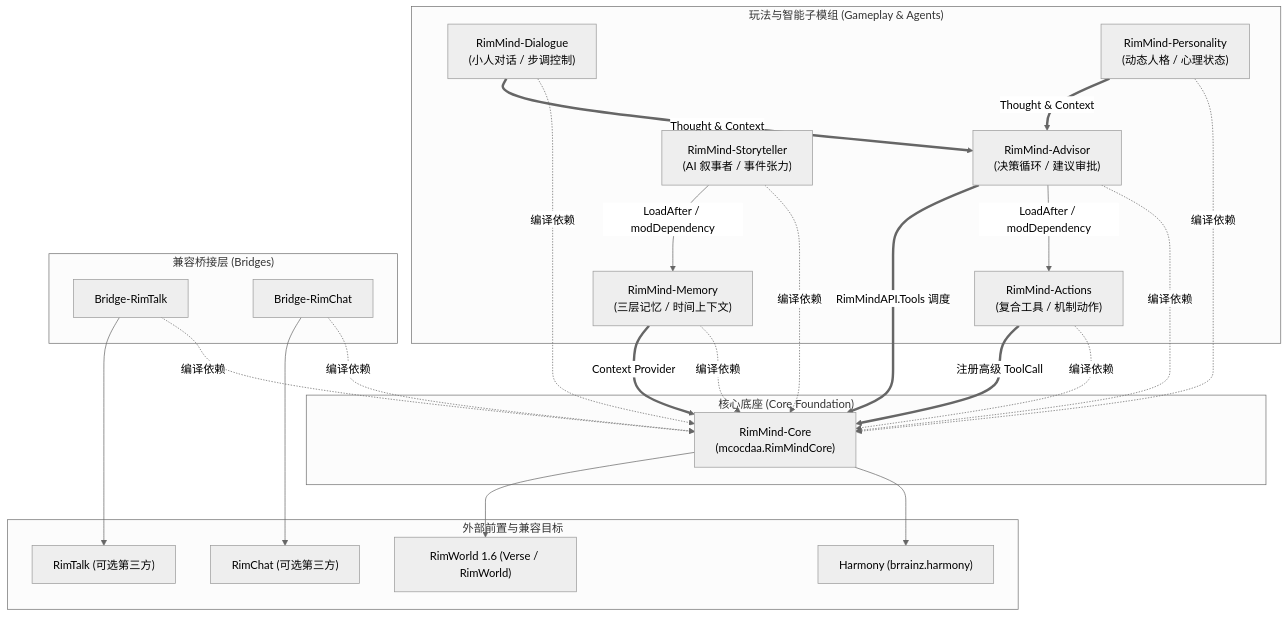
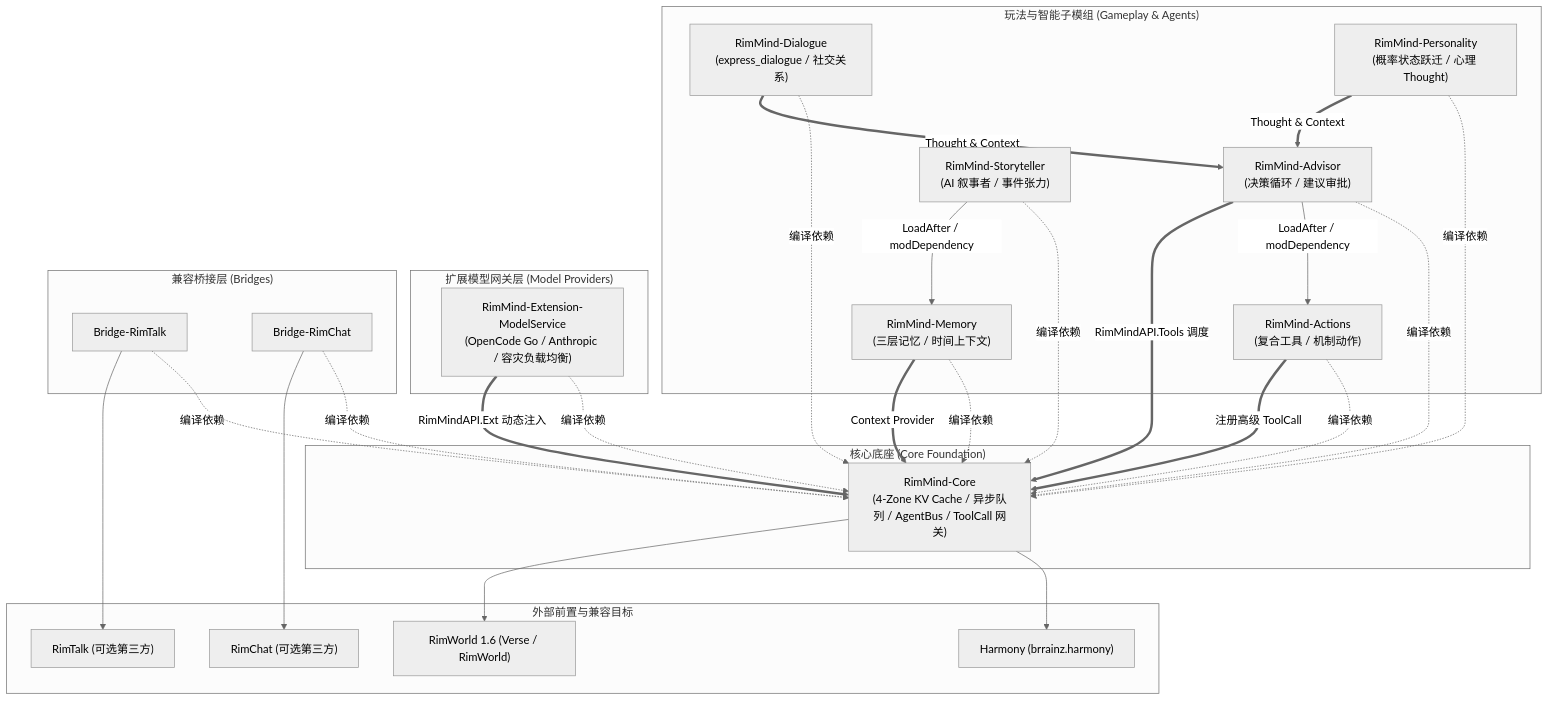
One commit to RimWorld-RimMind-Mod/.github changed the diagram in profile/README.md. Above: the diagram before and after it, drawn with Mermaid (neutral theme). The commit also changed other lines of this file, not shown here.

Commit message:
docs: update organization profile to 10 modules and 5 core innovations

````diff
--- a/profile/README.md
+++ b/profile/README.md
@@ -22,52 +53,58 @@
 ```mermaid
 flowchart TD
     subgraph External["外部前置与兼容目标"]
         Harmony["Harmony (brrainz.harmony)"]
         RimWorld["RimWorld 1.6 (Verse / RimWorld)"]
         RimTalkMod["RimTalk (可选第三方)"]
         RimChatMod["RimChat (可选第三方)"]
     end
 
     subgraph CoreLayer["核心底座 (Core Foundation)"]
-        Core["RimMind-Core\n(mcocdaa.RimMindCore)"]
+        Core["RimMind-Core\n(4-Zone KV Cache / 异步队列 / AgentBus / ToolCall 网关)"]
     end
 
     subgraph FeatureLayer["玩法与智能子模组 (Gameplay & Agents)"]
         Actions["RimMind-Actions\n(复合工具 / 机制动作)"]
         Advisor["RimMind-Advisor\n(决策循环 / 建议审批)"]
-        Dialogue["RimMind-Dialogue\n(小人对话 / 步调控制)"]
-        Personality["RimMind-Personality\n(动态人格 / 心理状态)"]
+        Dialogue["RimMind-Dialogue\n(express_dialogue / 社交关系)"]
+        Personality["RimMind-Personality\n(概率状态跃迁 / 心理 Thought)"]
         Memory["RimMind-Memory\n(三层记忆 / 时间上下文)"]
         Storyteller["RimMind-Storyteller\n(AI 叙事者 / 事件张力)"]
+    end
+
+    subgraph ExtensionLayer["扩展模型网关层 (Model Providers)"]
+        ModelService["RimMind-Extension-ModelService\n(OpenCode Go / Anthropic / 容灾负载均衡)"]
     end
 
     subgraph BridgeLayer["兼容桥接层 (Bridges)"]
         BridgeTalk["Bridge-RimTalk"]
         BridgeChat["Bridge-RimChat"]
     end
 
     %% 核心依赖
     Core --> Harmony
     Core --> RimWorld
     Actions -. 编译依赖 .-> Core
     Advisor -. 编译依赖 .-> Core
     Dialogue -. 编译依赖 .-> Core
     Personality -. 编译依赖 .-> Core
     Memory -. 编译依赖 .-> Core
     Storyteller -. 编译依赖 .-> Core
     BridgeTalk -. 编译依赖 .-> Core
     BridgeChat -. 编译依赖 .-> Core
+    ModelService -. 编译依赖 .-> Core
 
     %% 模组加载与协作
     Advisor -->|LoadAfter / modDependency| Actions
     Storyteller -->|LoadAfter / modDependency| Memory
     BridgeTalk --> RimTalkMod
     BridgeChat --> RimChatMod
 
     %% 运行时数据流解耦
     Personality ==>|Thought & Context| Advisor
     Dialogue ==>|Thought & Context| Advisor
     Memory ==>|Context Provider| Core
     Actions ==>|注册高级 ToolCall| Core
     Advisor ==>|RimMindAPI.Tools 调度| Core
+    ModelService ==>|RimMindAPI.Ext 动态注入| Core
 ```
````
